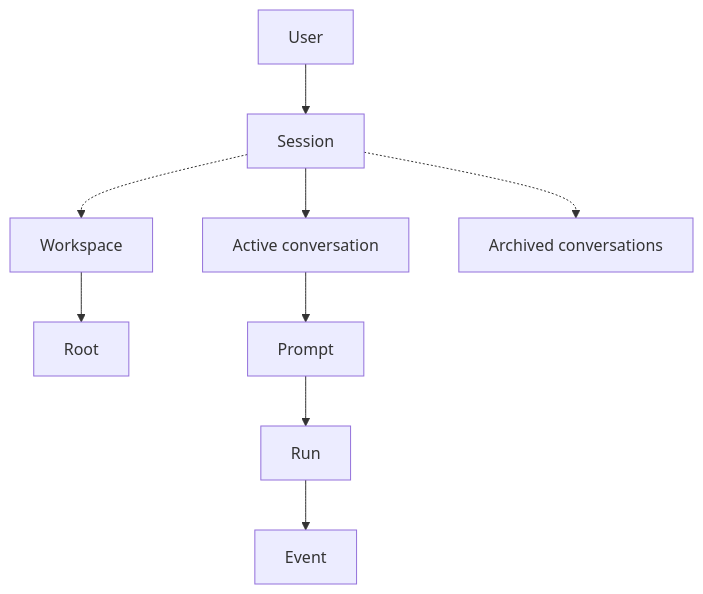
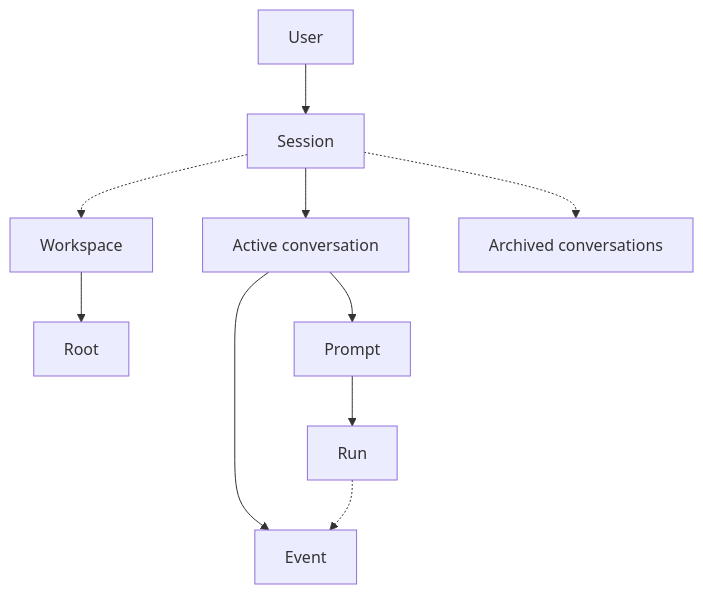
The diagram in glossary.md (Mikode13/harness-docs), drawn with Mermaid before and after one commit. The commit also changed other lines of this file and 1 other file, not shown here.

````diff
--- a/glossary.md
+++ b/glossary.md
@@ -9,11 +9,12 @@
 ```mermaid
 flowchart TD
     user[User] --> session[Session]
     session -.-> workspace[Workspace]
     workspace --> root[Root]
     session --> active[Active conversation]
     session -.-> archived[Archived conversations]
+    active --> event[Event]
     active --> prompt[Prompt]
     prompt --> run[Run]
-    run --> event[Event]
+    run -.-> event
 ```
````
